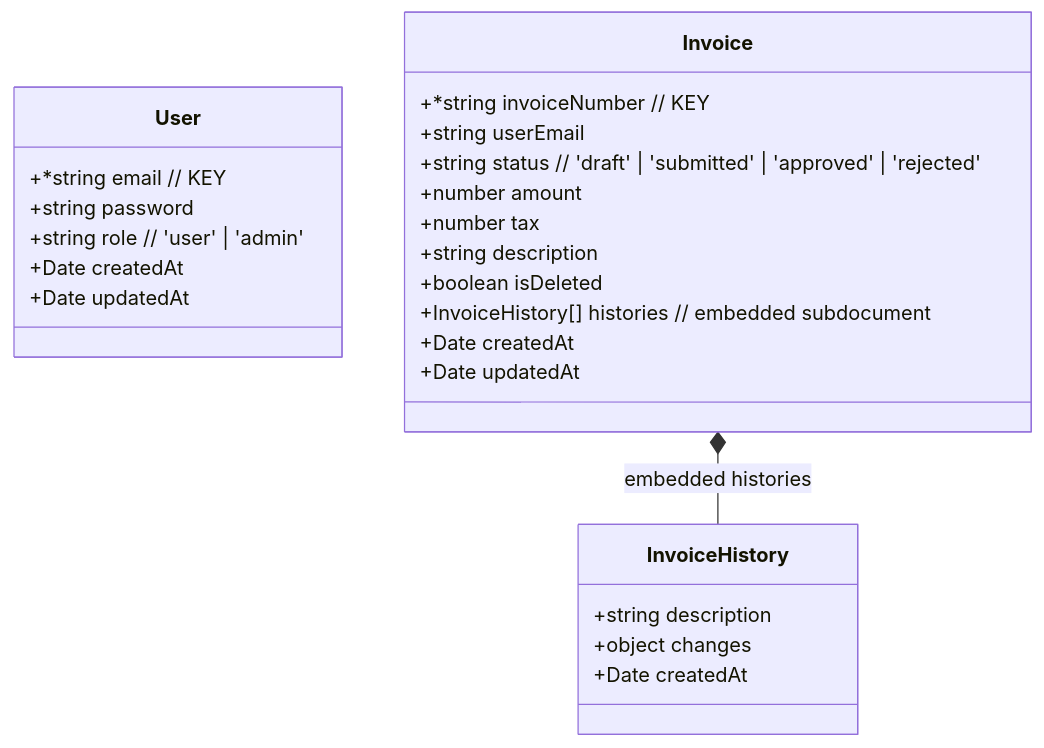
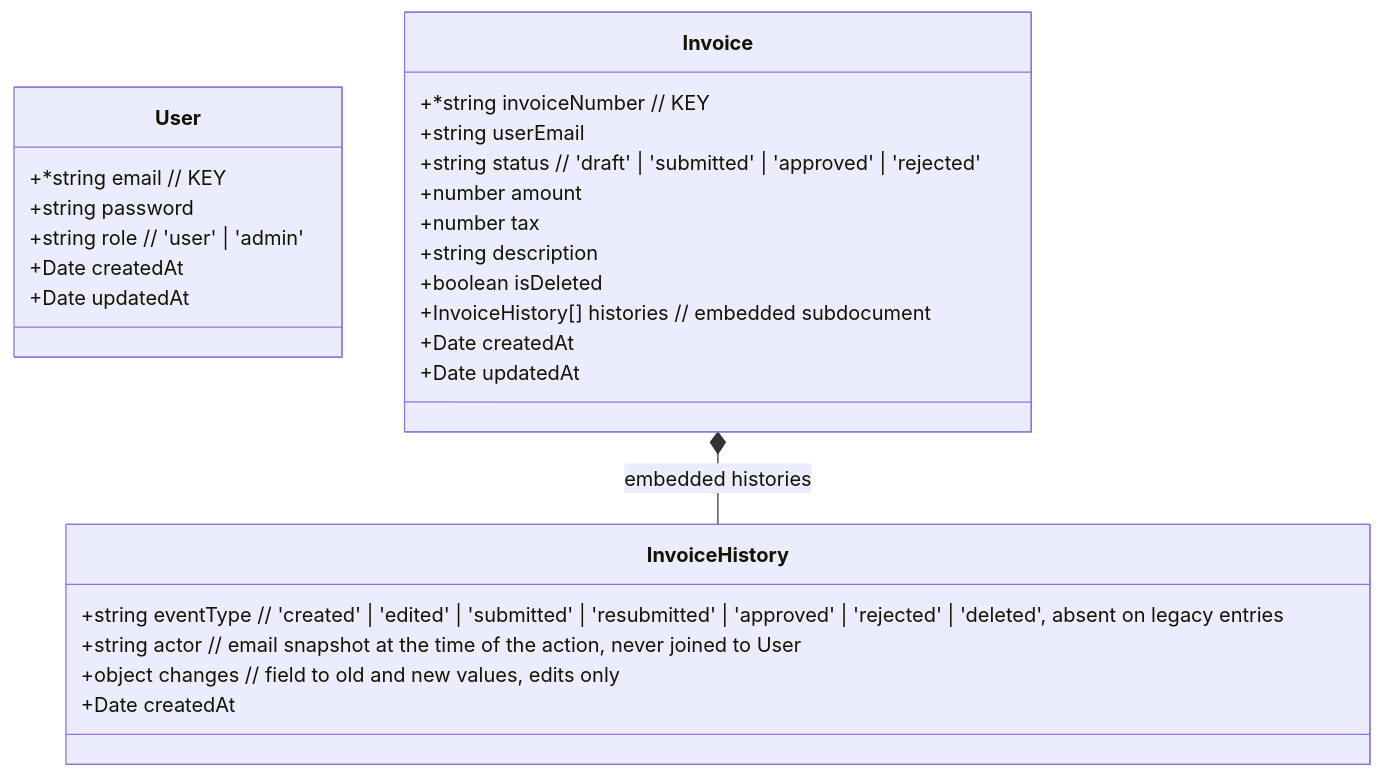
Before and after one commit to ngantongkim-agilityio/claude-training: the diagram in apps/tax-invoice-api/docs/DB_DESIGN.md, drawn with Mermaid. The commit also changed 15 other files, not shown here.

Commit message:
feat(invoices): record audit events with actor and event type

````diff
--- a/apps/tax-invoice-api/docs/DB_DESIGN.md
+++ b/apps/tax-invoice-api/docs/DB_DESIGN.md
@@ -3,35 +3,36 @@
 ```mermaid
 classDiagram
   %% ===== User Collection =====
   class User {
     +*string email  // KEY
     +string password
     +string role  // 'user' | 'admin'
     +Date createdAt
     +Date updatedAt
   }
 
   %% ===== Invoice Collection =====
   class Invoice {
     +*string invoiceNumber  // KEY
     +string userEmail
     +string status  // 'draft' | 'submitted' | 'approved' | 'rejected'
     +number amount
     +number tax
     +string description
     +boolean isDeleted
     +InvoiceHistory[] histories  // embedded subdocument
     +Date createdAt
     +Date updatedAt
   }
 
   %% ===== Subdocument inside Invoice =====
   class InvoiceHistory {
-    +string description
-    +object changes
+    +string eventType  // 'created' | 'edited' | 'submitted' | 'resubmitted' | 'approved' | 'rejected' | 'deleted', absent on legacy entries
+    +string actor  // email snapshot at the time of the action, never joined to User
+    +object changes  // field to old and new values, edits only
     +Date createdAt
   }
 
   %% ===== Relationships =====
   Invoice *-- InvoiceHistory : embedded histories
 ```
````
